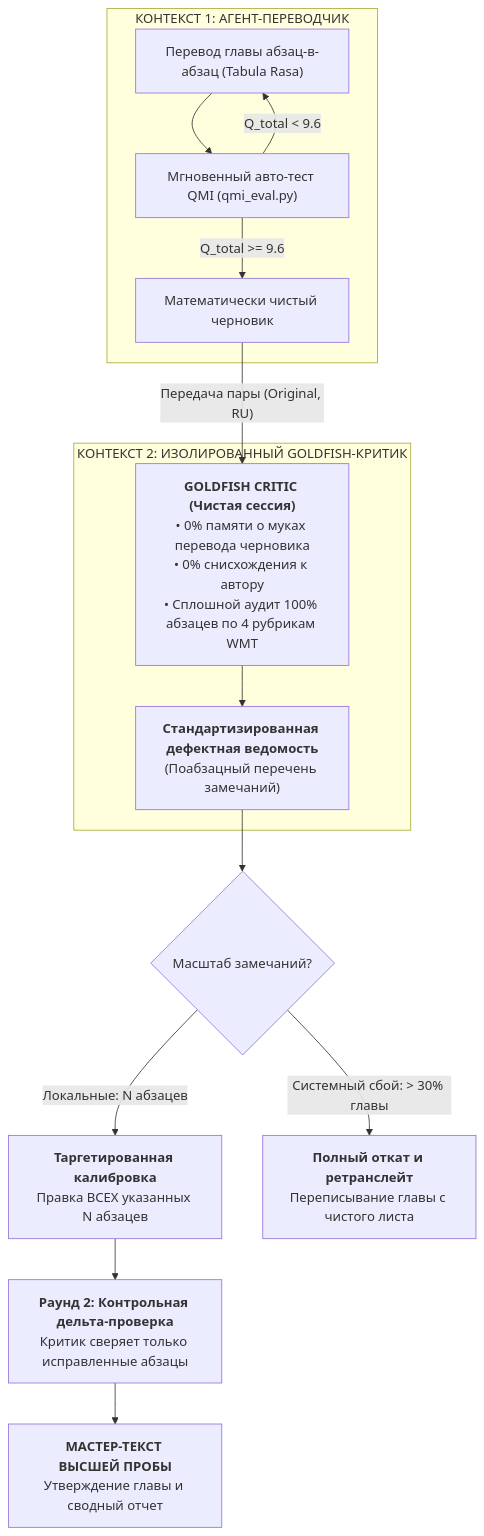
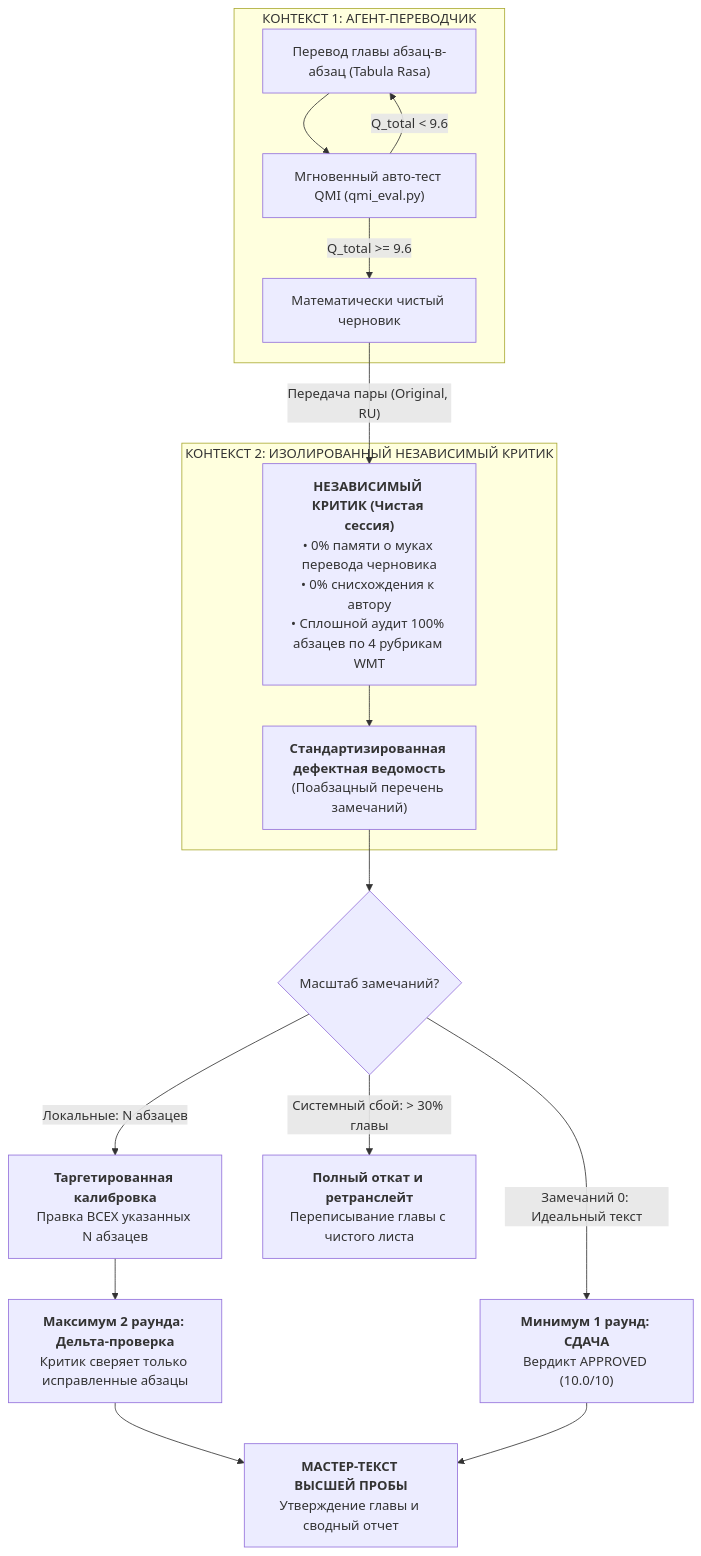
The sixth of 6 diagrams in AGENTS.md (lnp/classic-russian-translation), drawn with Mermaid before and after one commit. The commit also changed other lines of this file and 1 other file, not shown here.

Commit message:
feat: polish Section 9, remove goldfish term in favor of Independent Critic, add Zero-Bypass Mandate and explicit min/max iteration bounds

````diff
--- a/AGENTS.md
+++ b/AGENTS.md
@@ -298,23 +298,25 @@
 ```mermaid
 flowchart TD
     subgraph CONTEXT_DRAFT ["КОНТЕКСТ 1: АГЕНТ-ПЕРЕВОДЧИК"]
         W1["Перевод главы абзац-в-абзац (Tabula Rasa)"] --> W2["Мгновенный авто-тест QMI (qmi_eval.py)"]
         W2 -->|Q_total < 9.6| W1
         W2 -->|Q_total >= 9.6| OUT_TEXT["Математически чистый черновик"]
     end
 
-    OUT_TEXT -->|"Передача пары (Original, RU)"| GOLDFISH
+    OUT_TEXT -->|"Передача пары (Original, RU)"| CRITIC
 
-    subgraph CONTEXT_GOLDFISH ["КОНТЕКСТ 2: ИЗОЛИРОВАННЫЙ GOLDFISH-КРИТИК"]
-        GOLDFISH["<b>GOLDFISH CRITIC (Чистая сессия)</b><br/>• 0% памяти о муках перевода черновика<br/>• 0% снисхождения к автору<br/>• Сплошной аудит 100% абзацев по 4 рубрикам WMT"]
-        GOLDFISH --> REPORT["<b>Стандартизированная дефектная ведомость</b><br/>(Поабзацный перечень замечаний)"]
+    subgraph CONTEXT_CRITIC ["КОНТЕКСТ 2: ИЗОЛИРОВАННЫЙ НЕЗАВИСИМЫЙ КРИТИК"]
+        CRITIC["<b>НЕЗАВИСИМЫЙ КРИТИК (Чистая сессия)</b><br/>• 0% памяти о муках перевода черновика<br/>• 0% снисхождения к автору<br/>• Сплошной аудит 100% абзацев по 4 рубрикам WMT"]
+        CRITIC --> REPORT["<b>Стандартизированная дефектная ведомость</b><br/>(Поабзацный перечень замечаний)"]
     end
 
     REPORT --> DECISION{"Масштаб замечаний?"}
     
+    DECISION -->|Замечаний 0: Идеальный текст| APPROVED["<b>Минимум 1 раунд: СДАЧА</b><br/>Вердикт APPROVED (10.0/10)"]
     DECISION -->|Локальные: N абзацев| PATCH["<b>Таргетированная калибровка</b><br/>Правка ВСЕХ указанных N абзацев"]
     DECISION -->|Системный сбой: > 30% главы| REWRITE["<b>Полный откат и ретранслейт</b><br/>Переписывание главы с чистого листа"]
     
-    PATCH --> DELTA["<b>Раунд 2: Контрольная дельта-проверка</b><br/>Критик сверяет только исправленные абзацы"]
+    PATCH --> DELTA["<b>Максимум 2 раунда: Дельта-проверка</b><br/>Критик сверяет только исправленные абзацы"]
     DELTA --> FINAL["<b>МАСТЕР-ТЕКСТ ВЫСШЕЙ ПРОБЫ</b><br/>Утверждение главы и сводный отчет"]
+    APPROVED --> FINAL
 ```
````
